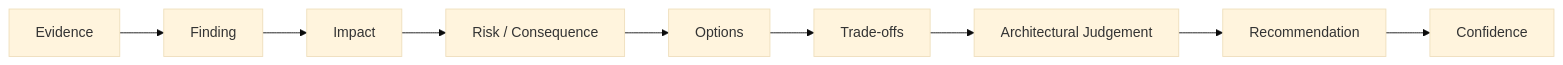
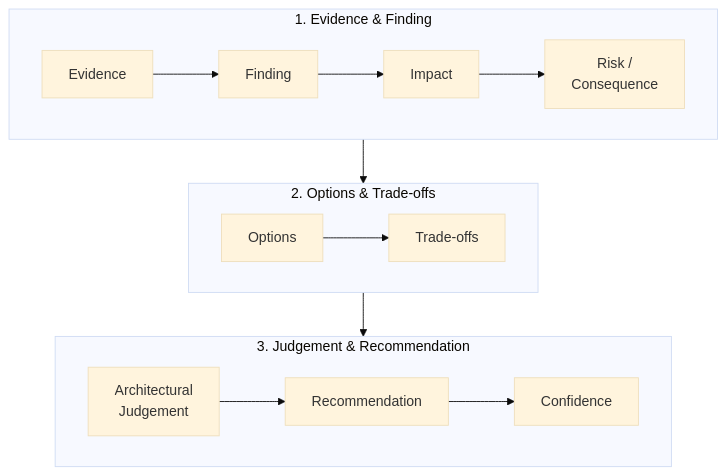
The third of 8 diagrams in docs/sop/methods/architecture-decision-review.md (avfranco-br/portfolio), drawn with Mermaid (base theme) before and after one commit. The commit also changed other lines of this file and 10 other files, not shown here.

Commit message:
Refactor Mermaid diagrams across SOP and methods documentation for legibility

````diff
--- a/docs/sop/methods/architecture-decision-review.md
+++ b/docs/sop/methods/architecture-decision-review.md
@@ -311,20 +311,23 @@
 ```mermaid
-flowchart LR
-    F["Finding"]
-    E["Evidence"]
-    I["Impact"]
-    R["Risk / Consequence"]
-    O["Options"]
-    T["Trade-offs"]
-    J["Architectural Judgement"]
-    RE["Recommendation"]
-    C["Confidence"]
-    E --> F
-    F --> I
-    I --> R
+flowchart TD
+    subgraph Evidence_Risk["1. Evidence & Finding"]
+        direction LR
+        E["Evidence"] --> F["Finding"]
+        F --> I["Impact"]
+        I --> R["Risk /<br/>Consequence"]
+    end
+
+    subgraph Exploration["2. Options & Trade-offs"]
+        direction LR
+        O["Options"] --> T["Trade-offs"]
+    end
+
+    subgraph Conclusion["3. Judgement & Recommendation"]
+        direction LR
+        J["Architectural<br/>Judgement"] --> RE["Recommendation"]
+        RE --> C["Confidence"]
+    end
+
     R --> O
-    O --> T
     T --> J
-    J --> RE
-    RE --> C
 ```
````
